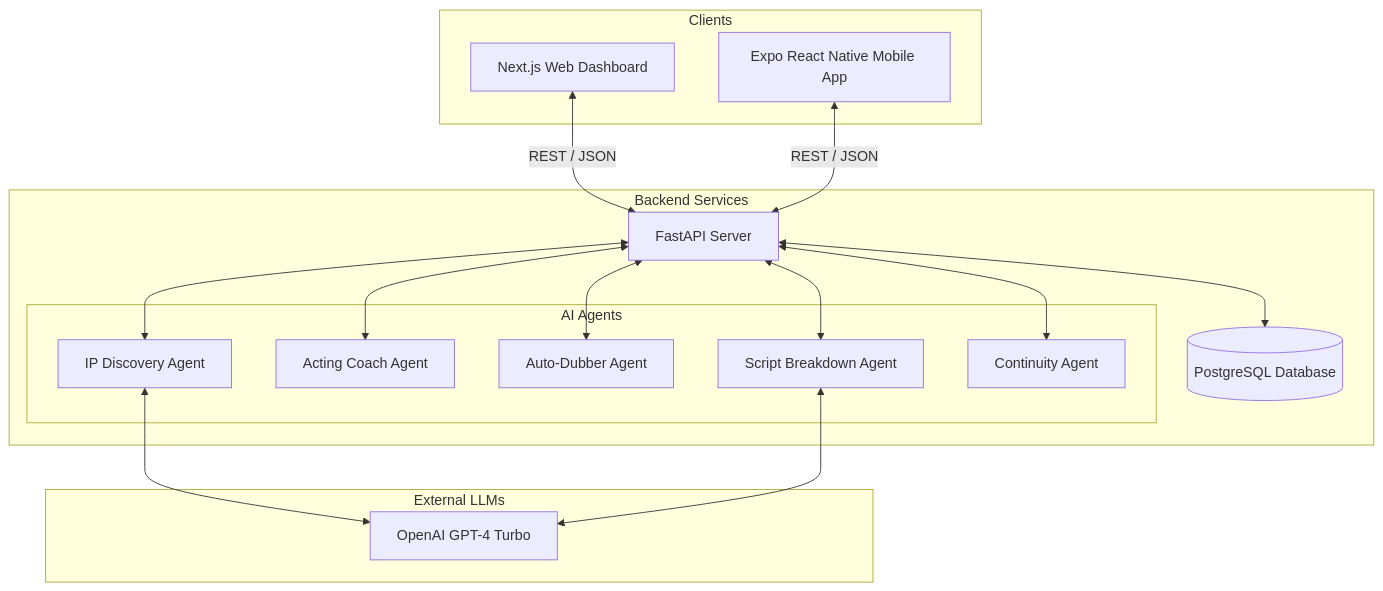
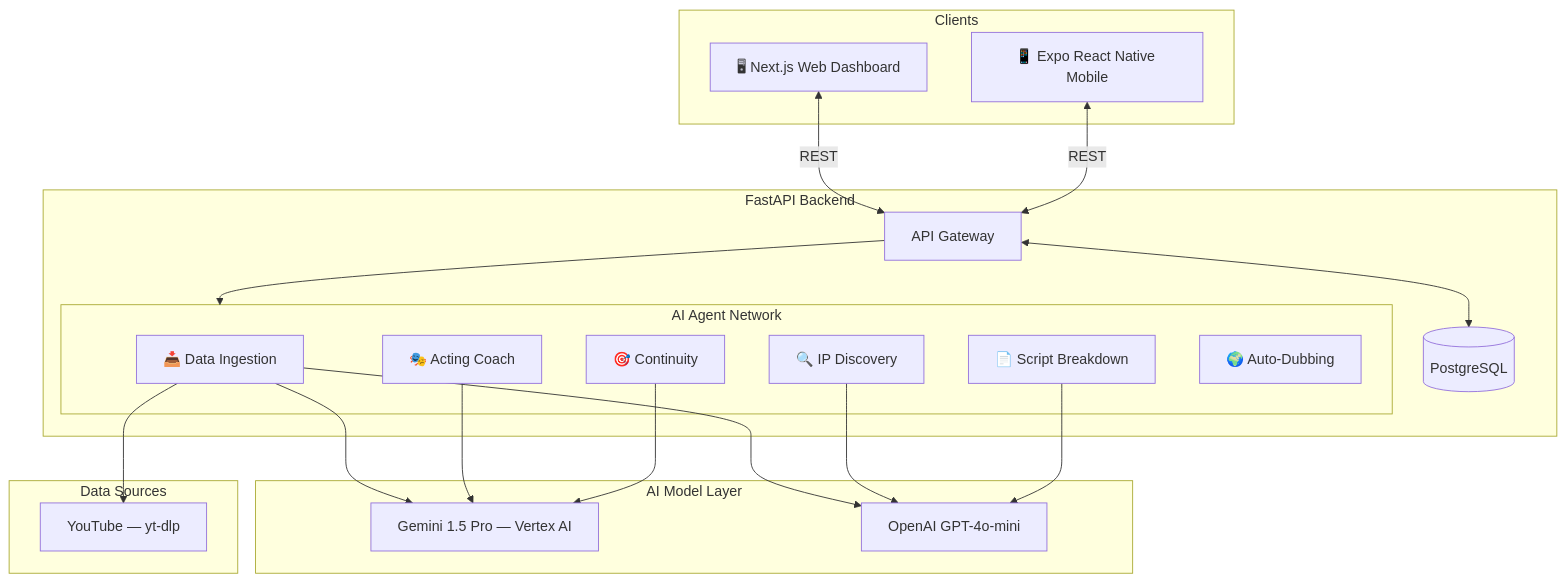
One commit to akmalkhaniub/AK_Productions changed the diagram in README.md. Above: the diagram before and after it, drawn with Mermaid. The commit also changed other lines of this file and 13 other files, not shown here.

Commit message:
docs: Add startup pitch, architecture docs, and overhaul README for Google AI Agents Challenge 2026

````diff
--- a/README.md
+++ b/README.md
@@ -9,35 +43,42 @@
 ```mermaid
 flowchart TD
     subgraph Clients
-        W[Next.js Web Dashboard]
-        M[Expo React Native Mobile App]
+        W["🖥 Next.js Web Dashboard"]
+        M["📱 Expo React Native Mobile"]
     end
 
-    subgraph Backend[Backend Services]
-        API[FastAPI Server]
-        DB[(PostgreSQL Database)]
-        
-        subgraph Agents[AI Agents]
-            A1[IP Discovery Agent]
-            A2[Acting Coach Agent]
-            A3[Auto-Dubber Agent]
-            A4[Script Breakdown Agent]
-            A5[Continuity Agent]
+    subgraph Backend["FastAPI Backend"]
+        API["API Gateway"]
+        DB[("PostgreSQL")]
+
+        subgraph Agents["AI Agent Network"]
+            DI["📥 Data Ingestion"]
+            IP["🔍 IP Discovery"]
+            SB["📄 Script Breakdown"]
+            AC["🎭 Acting Coach"]
+            CA["🎯 Continuity"]
+            AD["🌍 Auto-Dubbing"]
         end
     end
 
-    subgraph External[External LLMs]
-        OAI[OpenAI GPT-4 Turbo]
+    subgraph AI["AI Model Layer"]
+        G["Gemini 1.5 Pro — Vertex AI"]
+        O["OpenAI GPT-4o-mini"]
     end
 
-    W <-->|REST / JSON| API
-    M <-->|REST / JSON| API
+    subgraph Data["Data Sources"]
+        YT["YouTube — yt-dlp"]
+    end
+
+    W <-->|REST| API
+    M <-->|REST| API
     API <--> DB
-    API <--> A1
-    API <--> A2
-    API <--> A3
-    API <--> A4
-    API <--> A5
-    A1 <--> OAI
-    A4 <--> OAI
+    API --> Agents
+    DI --> YT
+    DI --> G
+    DI --> O
+    IP --> O
+    SB --> O
+    AC --> G
+    CA --> G
 ```
````
